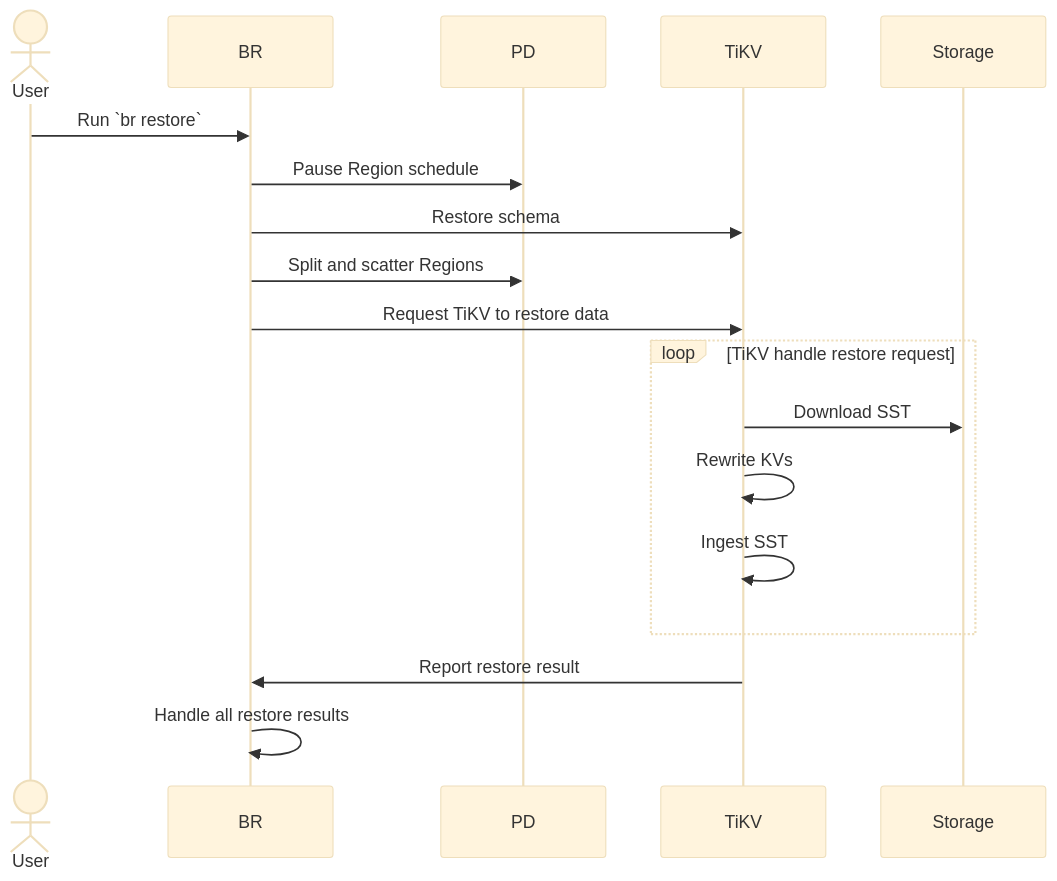
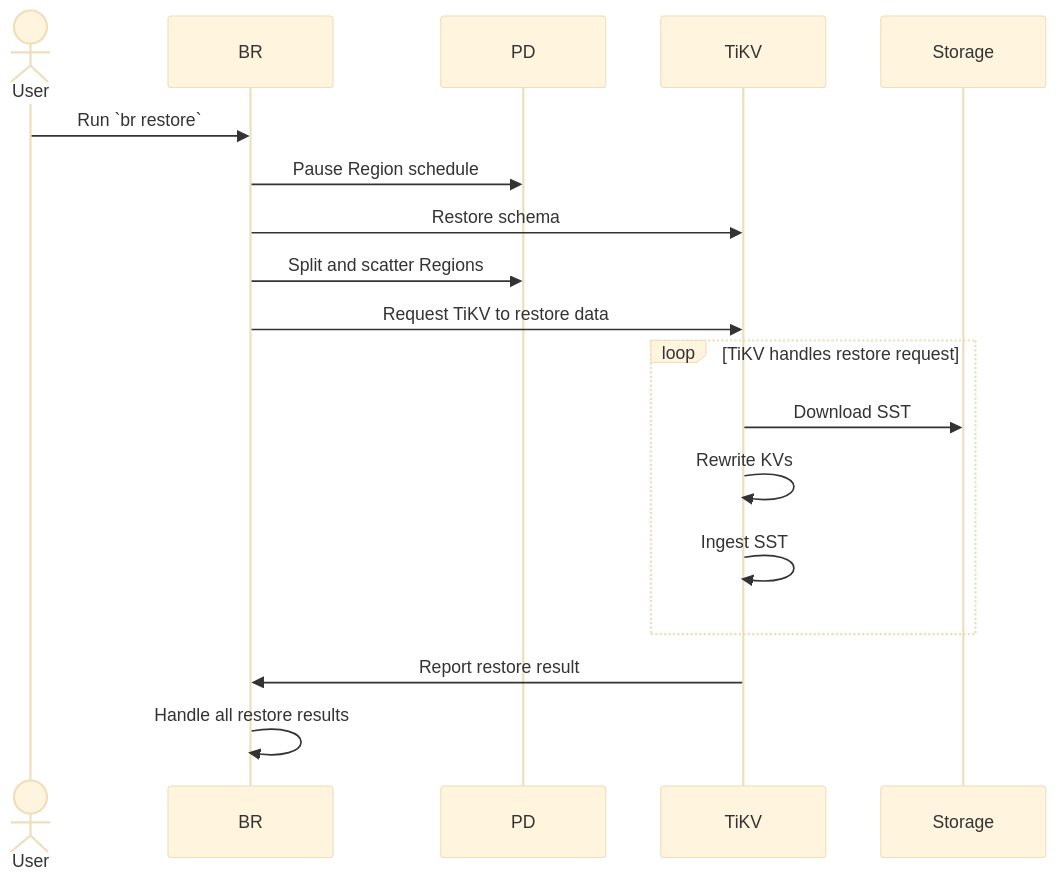
The second of 2 diagrams in br/br-snapshot-architecture.md (pingcap/docs), drawn with Mermaid (base theme) before and after one commit. The commit also changed other lines of this file and 2 other files, not shown here.

````diff
--- a/br/br-snapshot-architecture.md
+++ b/br/br-snapshot-architecture.md
@@ -78,21 +78,21 @@
 ```mermaid
 sequenceDiagram
     actor User
     participant BR
     participant PD
     participant TiKV
     participant Storage
 
     User->>BR: Run `br restore`
     BR->>PD: Pause Region schedule
     BR->>TiKV: Restore schema
     BR->>PD: Split and scatter Regions
     BR->>TiKV: Request TiKV to restore data
-    loop TiKV handle restore request
+    loop TiKV handles restore request
         TiKV->>Storage: Download SST
         TiKV->>TiKV: Rewrite KVs
         TiKV->>TiKV: Ingest SST
     end
     TiKV->>BR: Report restore result
     BR->>BR: Handle all restore results
 ```
````
